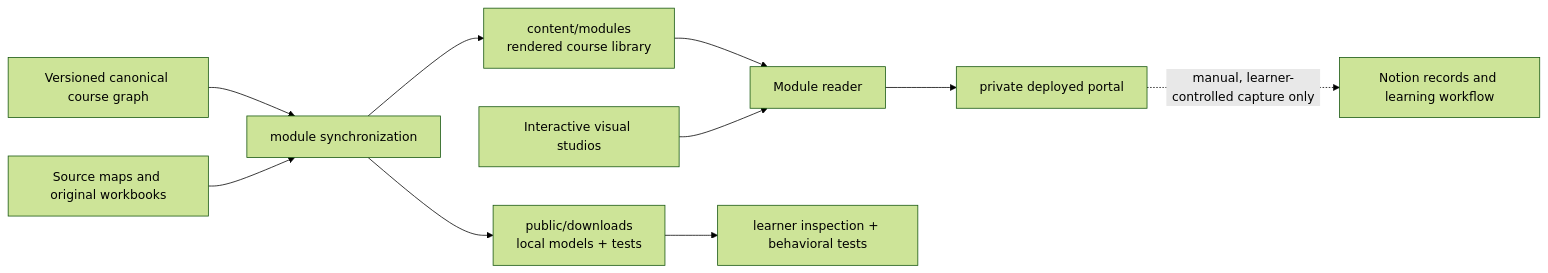
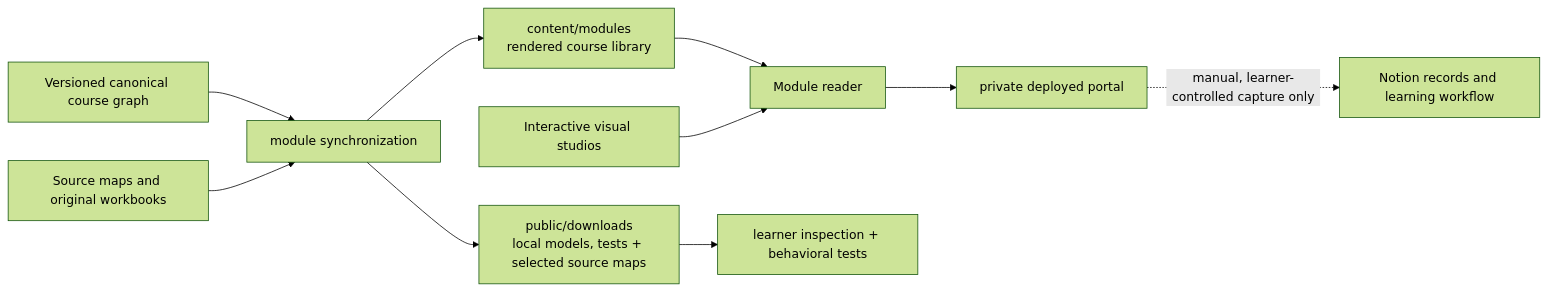
Before and after one commit to michaeliu3/atlas-academy-python-cs: the diagram in docs/ARCHITECTURE.md, drawn with Mermaid (forest theme). The commit also changed other lines of this file and 18 other files, not shown here.

```diff
--- a/docs/ARCHITECTURE.md
+++ b/docs/ARCHITECTURE.md
@@ -9,12 +9,12 @@
 ~~~mermaid
 flowchart LR
     G["Versioned canonical course graph"] --> M["module synchronization"]
     S["Source maps and original workbooks"] --> M
     M --> L["content/modules<br>rendered course library"]
-    M --> D["public/downloads<br>local models + tests"]
+    M --> D["public/downloads<br>local models, tests + selected source maps"]
     L --> R["Module reader"]
     I["Interactive visual studios"] --> R
     D --> V["learner inspection + behavioral tests"]
     R --> P["private deployed portal"]
     P -. "manual, learner-controlled capture only" .-> N["Notion records and learning workflow"]
 ~~~
```
